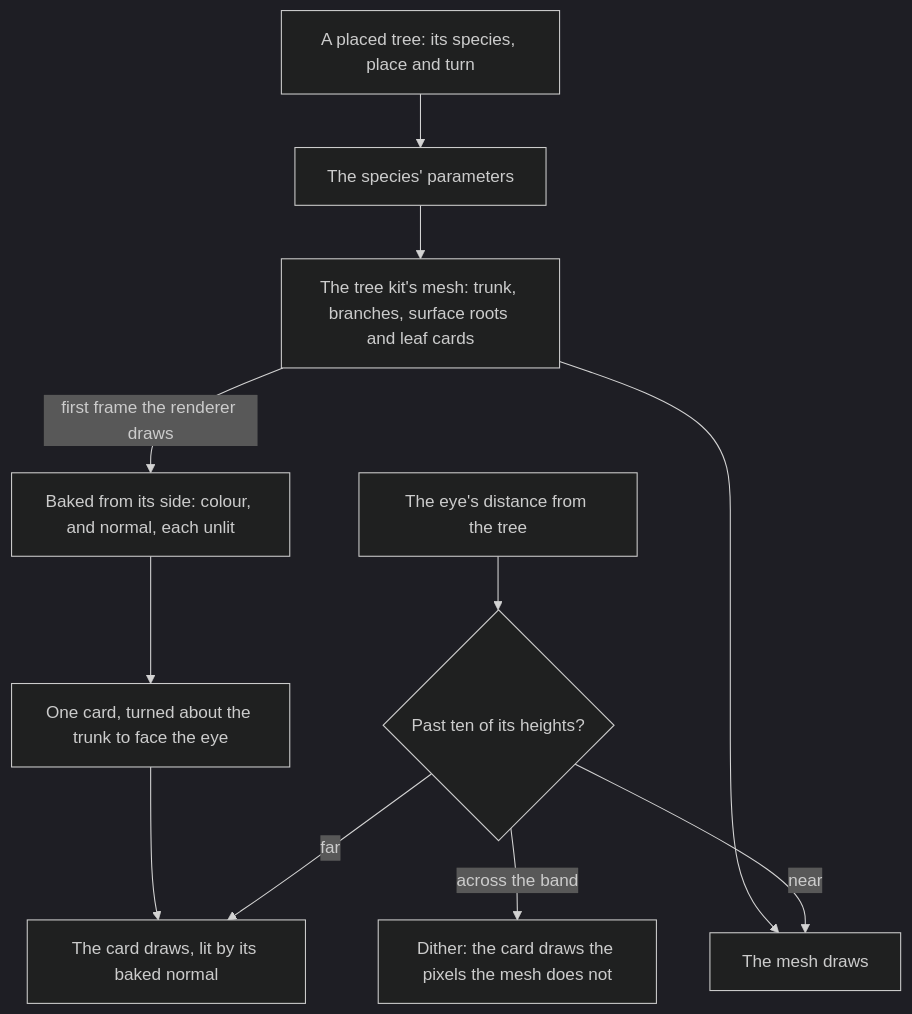
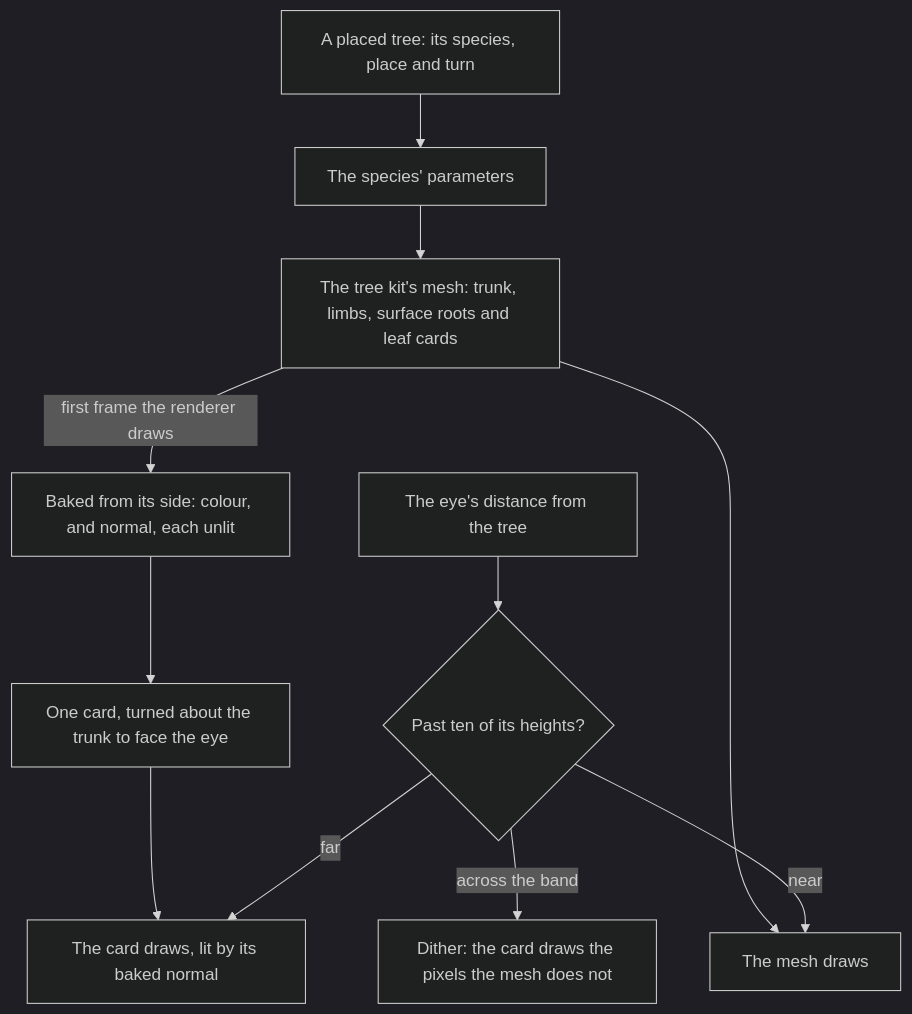
One commit to Esposter/Esposter changed the first of 2 diagrams in apps/web/content/docs/genshin/trees.md. Above: the diagram before and after it, drawn with Mermaid (dark theme). The commit also changed other lines of this file and 32 other files, not shown here.

````diff
--- a/apps/web/content/docs/genshin/trees.md
+++ b/apps/web/content/docs/genshin/trees.md
@@ -12,13 +12,13 @@
 ```mermaid
 flowchart TD
   LM["A placed tree: its species, place and turn"] --> SP["The species' parameters"]
-  SP --> MESH["The tree kit's mesh: trunk, branches, surface roots and leaf cards"]
+  SP --> MESH["The tree kit's mesh: trunk, limbs, surface roots and leaf cards"]
   MESH -->|first frame the renderer draws| BAKE["Baked from its side: colour, and normal, each unlit"]
   BAKE --> CARD["One card, turned about the trunk to face the eye"]
   EYE["The eye's distance from the tree"] --> FADE{"Past ten of its heights?"}
   FADE -->|near| M["The mesh draws"]
   FADE -->|across the band| D["Dither: the card draws the pixels the mesh does not"]
   FADE -->|far| I["The card draws, lit by its baked normal"]
   CARD --> I
   MESH --> M
 ```
````
